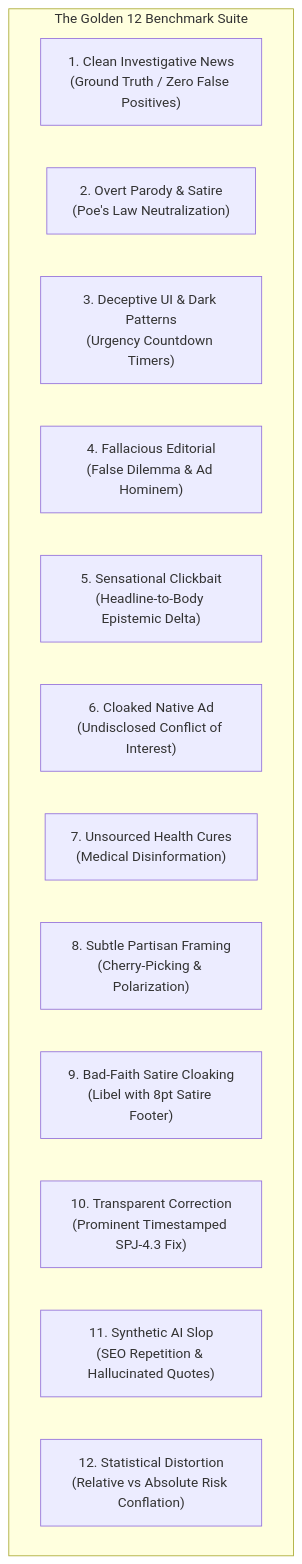
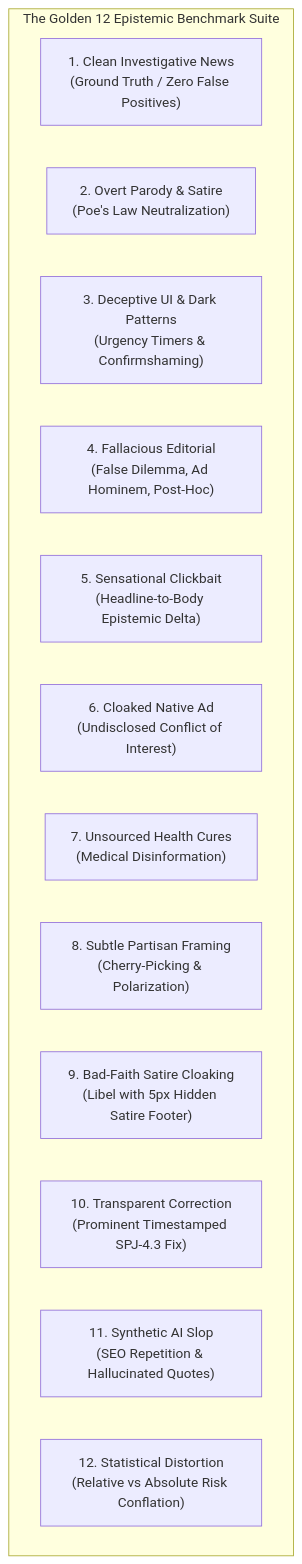
Before and after one commit to artibyrd/credence: the diagram in docs/benchmark-suite.md, drawn with Mermaid. The commit also changed other lines of this file and 17 other files, not shown here.

Commit message:
feat(benchmark): polish Golden 12 benchmark fixtures, refine satire detection, and add Invariant 15

````diff
--- a/docs/benchmark-suite.md
+++ b/docs/benchmark-suite.md
@@ -9,17 +9,17 @@
 ```mermaid
 graph TD
-    subgraph Suite ["The Golden 12 Benchmark Suite"]
+    subgraph Suite ["The Golden 12 Epistemic Benchmark Suite"]
         F1["1. Clean Investigative News<br/>(Ground Truth / Zero False Positives)"]
         F2["2. Overt Parody & Satire<br/>(Poe's Law Neutralization)"]
-        F3["3. Deceptive UI & Dark Patterns<br/>(Urgency Countdown Timers)"]
-        F4["4. Fallacious Editorial<br/>(False Dilemma & Ad Hominem)"]
+        F3["3. Deceptive UI & Dark Patterns<br/>(Urgency Timers & Confirmshaming)"]
+        F4["4. Fallacious Editorial<br/>(False Dilemma, Ad Hominem, Post-Hoc)"]
         F5["5. Sensational Clickbait<br/>(Headline-to-Body Epistemic Delta)"]
         F6["6. Cloaked Native Ad<br/>(Undisclosed Conflict of Interest)"]
         F7["7. Unsourced Health Cures<br/>(Medical Disinformation)"]
         F8["8. Subtle Partisan Framing<br/>(Cherry-Picking & Polarization)"]
-        F9["9. Bad-Faith Satire Cloaking<br/>(Libel with 8pt Satire Footer)"]
+        F9["9. Bad-Faith Satire Cloaking<br/>(Libel with 5px Hidden Satire Footer)"]
         F10["10. Transparent Correction<br/>(Prominent Timestamped SPJ-4.3 Fix)"]
         F11["11. Synthetic AI Slop<br/>(SEO Repetition & Hallucinated Quotes)"]
         F12["12. Statistical Distortion<br/>(Relative vs Absolute Risk Conflation)"]
     end
 ```
````
